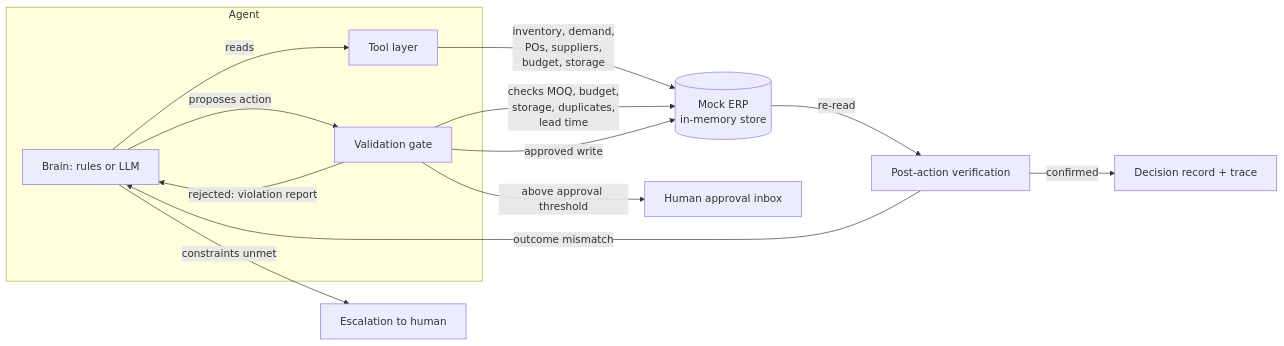
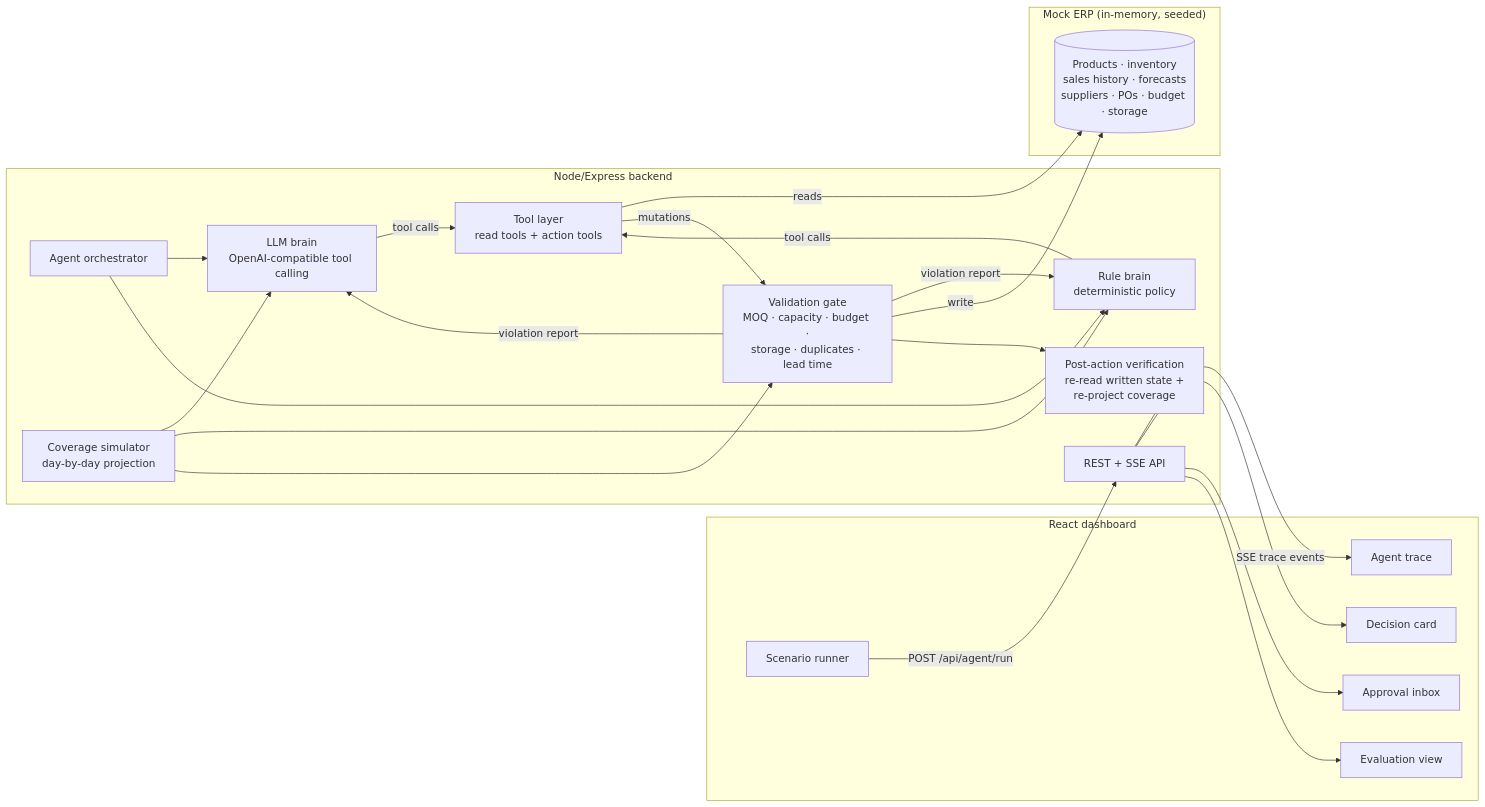
Before and after one commit to saanvi-211/ai-purchasing-agent: the diagram in README.md, drawn with Mermaid. The commit also changed other lines of this file, not shown here.

````diff
--- a/README.md
+++ b/README.md
@@ -74,16 +102,39 @@
 ```mermaid
 flowchart LR
-    subgraph Agent
-        A[Brain: rules or LLM] -->|reads| T[Tool layer]
-        A -->|proposes action| V[Validation gate]
+    subgraph Client["React dashboard"]
+        UI1[Scenario runner]
+        UI2[Agent trace]
+        UI3[Decision card]
+        UI4[Approval inbox]
+        UI5[Evaluation view]
     end
-    T -->|inventory, demand,\nPOs, suppliers,\nbudget, storage| ERP[(Mock ERP\nin-memory store)]
-    V -->|checks MOQ, budget,\nstorage, duplicates,\nlead time| ERP
-    V -->|rejected: violation report| A
-    V -->|approved write| ERP
-    ERP -->|re-read| P[Post-action verification]
-    P -->|outcome mismatch| A
-    P -->|confirmed| R[Decision record + trace]
-    V -->|above approval threshold| H[Human approval inbox]
-    A -->|constraints unmet| E[Escalation to human]
+
+    subgraph Server["Node/Express backend"]
+        API[REST + SSE API]
+        LOOP[Agent orchestrator]
+        BRAIN1[LLM brain<br/>OpenAI-compatible tool calling]
+        BRAIN2[Rule brain<br/>deterministic policy]
+        TOOLS[Tool layer<br/>read tools + action tools]
+        VAL[Validation gate<br/>MOQ · capacity · budget ·<br/>storage · duplicates · lead time]
+        VERIFY[Post-action verification<br/>re-read written state +<br/>re-project coverage]
+        SIM[Coverage simulator<br/>day-by-day projection]
+    end
+
+    subgraph Data["Mock ERP (in-memory, seeded)"]
+        DB[(Products · inventory<br/>sales history · forecasts<br/>suppliers · POs · budget · storage)]
+    end
+
+    UI1 -->|POST /api/agent/run| API
+    API -->|SSE trace events| UI2
+    LOOP --> BRAIN1
+    LOOP --> BRAIN2
+    BRAIN1 & BRAIN2 -->|tool calls| TOOLS
+    TOOLS -->|reads| DB
+    TOOLS -->|mutations| VAL
+    VAL -->|violation report| BRAIN1
+    VAL -->|violation report| BRAIN2
+    VAL -->|write| DB
+    VAL --> VERIFY
+    SIM --> BRAIN1 & BRAIN2 & VAL
+    API --> UI3 & UI4 & UI5
 ```
````
